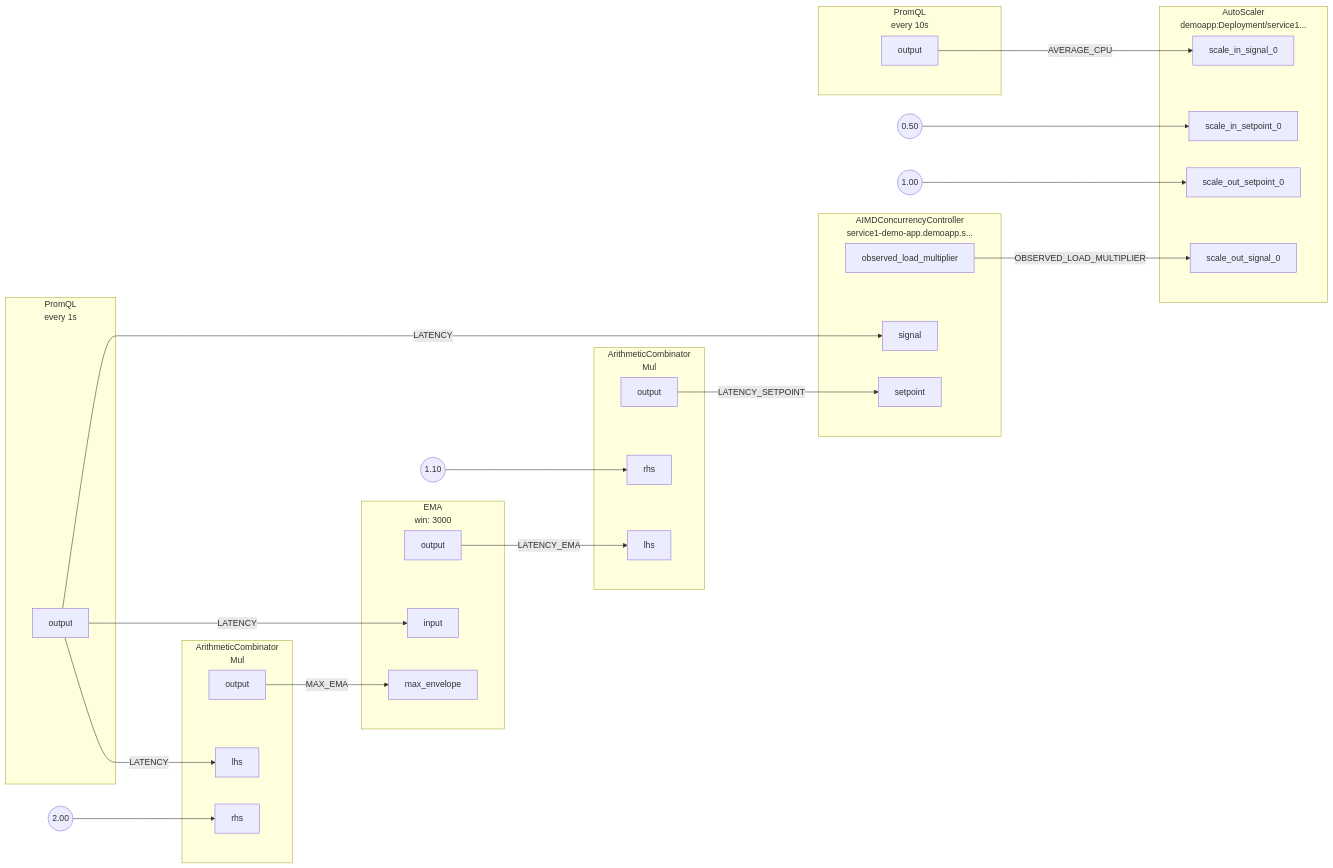
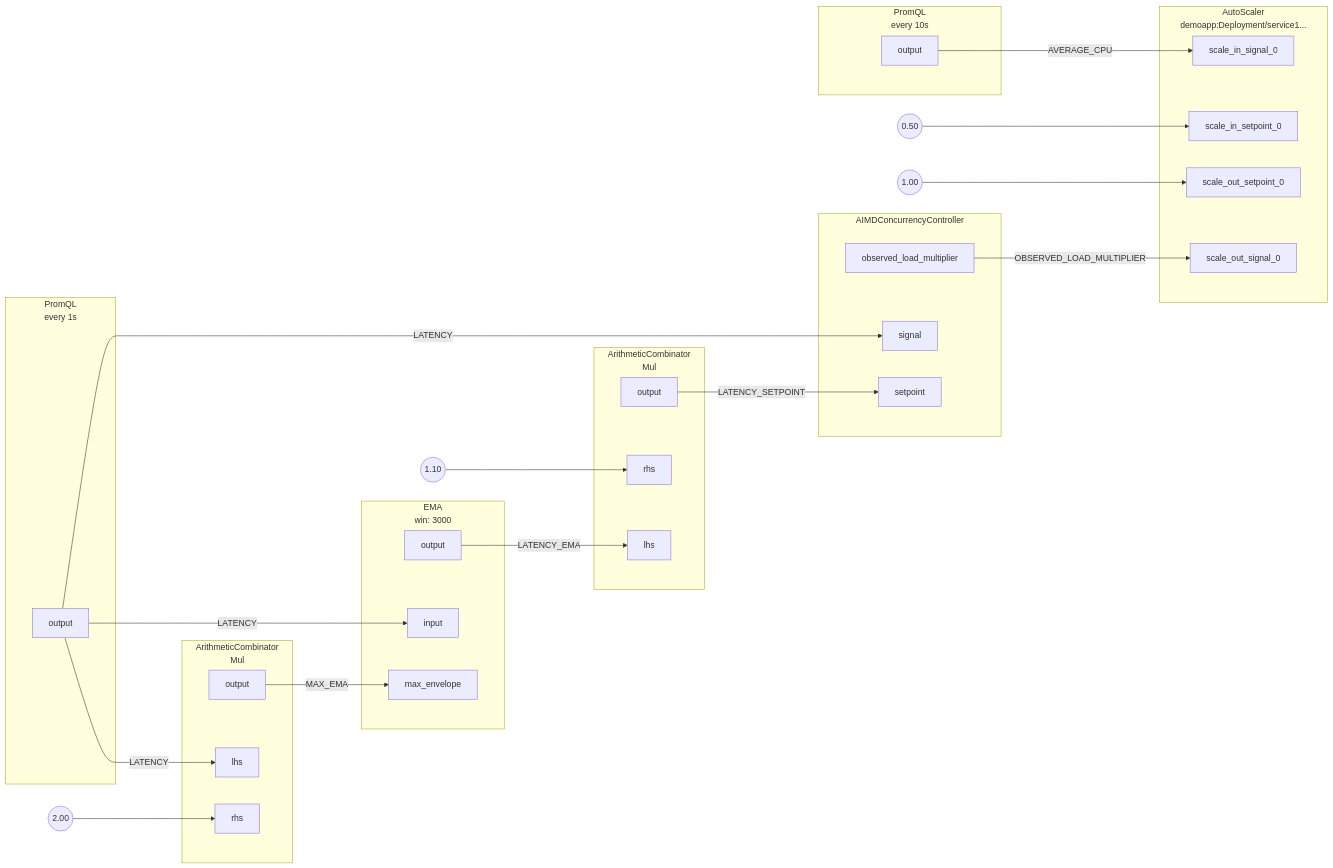
One commit to fluxninja/aperture changed the diagram in docs/content/tutorials/auto-scale/load-based-auto-scaling/assets/load-based-auto-scale.mmd. Above: the diagram before and after it, drawn with Mermaid. The commit also changed 41 other files, not shown here.

First line of the commit message:
Update `FlowSelector` proto

```diff
--- a/docs/content/tutorials/auto-scale/load-based-auto-scaling/assets/load-based-auto-scale.mmd
+++ b/docs/content/tutorials/auto-scale/load-based-auto-scaling/assets/load-based-auto-scale.mmd
@@ -1,82 +1,82 @@
 flowchart LR
 subgraph root.0[<center>PromQL<br/>every 1s</center>]
 subgraph root.0_outports[ ]
 style root.0_outports fill:none,stroke:none
 root.0output[output]
 end
 end
 subgraph root.1[<center>ArithmeticCombinator<br/>Mul</center>]
 subgraph root.1_inports[ ]
 style root.1_inports fill:none,stroke:none
 root.1lhs[lhs]
 root.1rhs[rhs]
 end
 subgraph root.1_outports[ ]
 style root.1_outports fill:none,stroke:none
 root.1output[output]
 end
 end
 root.1_rhs_FakeConstantout((2.00))
 subgraph root.2[<center>ArithmeticCombinator<br/>Mul</center>]
 subgraph root.2_inports[ ]
 style root.2_inports fill:none,stroke:none
 root.2lhs[lhs]
 root.2rhs[rhs]
 end
 subgraph root.2_outports[ ]
 style root.2_outports fill:none,stroke:none
 root.2output[output]
 end
 end
 root.2_rhs_FakeConstantout((1.10))
 subgraph root.3[<center>EMA<br/>win: 3000</center>]
 subgraph root.3_inports[ ]
 style root.3_inports fill:none,stroke:none
 root.3input[input]
 root.3max_envelope[max_envelope]
 end
 subgraph root.3_outports[ ]
 style root.3_outports fill:none,stroke:none
 root.3output[output]
 end
 end
-subgraph root.4[<center>AIMDConcurrencyController<br/>service1-demo-app.demoapp.s...</center>]
+subgraph root.4[AIMDConcurrencyController]
 subgraph root.4_inports[ ]
 style root.4_inports fill:none,stroke:none
 root.4setpoint[setpoint]
 root.4signal[signal]
 end
 subgraph root.4_outports[ ]
 style root.4_outports fill:none,stroke:none
 root.4observed_load_multiplier[observed_load_multiplier]
 end
 end
 subgraph root.5[<center>PromQL<br/>every 10s</center>]
 subgraph root.5_outports[ ]
 style root.5_outports fill:none,stroke:none
 root.5output[output]
 end
 end
 subgraph root.6[<center>AutoScaler<br/>demoapp:Deployment/service1...</center>]
 subgraph root.6_inports[ ]
 style root.6_inports fill:none,stroke:none
 root.6scale_in_setpoint_0[scale_in_setpoint_0]
 root.6scale_in_signal_0[scale_in_signal_0]
 root.6scale_out_setpoint_0[scale_out_setpoint_0]
 root.6scale_out_signal_0[scale_out_signal_0]
 end
 end
 root.6_scale_in_setpoint_0_FakeConstantout((0.50))
 root.6_scale_out_setpoint_0_FakeConstantout((1.00))
 root.0output --> |LATENCY| root.1lhs
 root.0output --> |LATENCY| root.3input
 root.0output --> |LATENCY| root.4signal
 root.1output --> |MAX_EMA| root.3max_envelope
 root.1_rhs_FakeConstantout --> root.1rhs
 root.2output --> |LATENCY_SETPOINT| root.4setpoint
 root.2_rhs_FakeConstantout --> root.2rhs
 root.3output --> |LATENCY_EMA| root.2lhs
 root.4observed_load_multiplier --> |OBSERVED_LOAD_MULTIPLIER| root.6scale_out_signal_0
 root.5output --> |AVERAGE_CPU| root.6scale_in_signal_0
 root.6_scale_in_setpoint_0_FakeConstantout --> root.6scale_in_setpoint_0
 root.6_scale_out_setpoint_0_FakeConstantout --> root.6scale_out_setpoint_0
```
